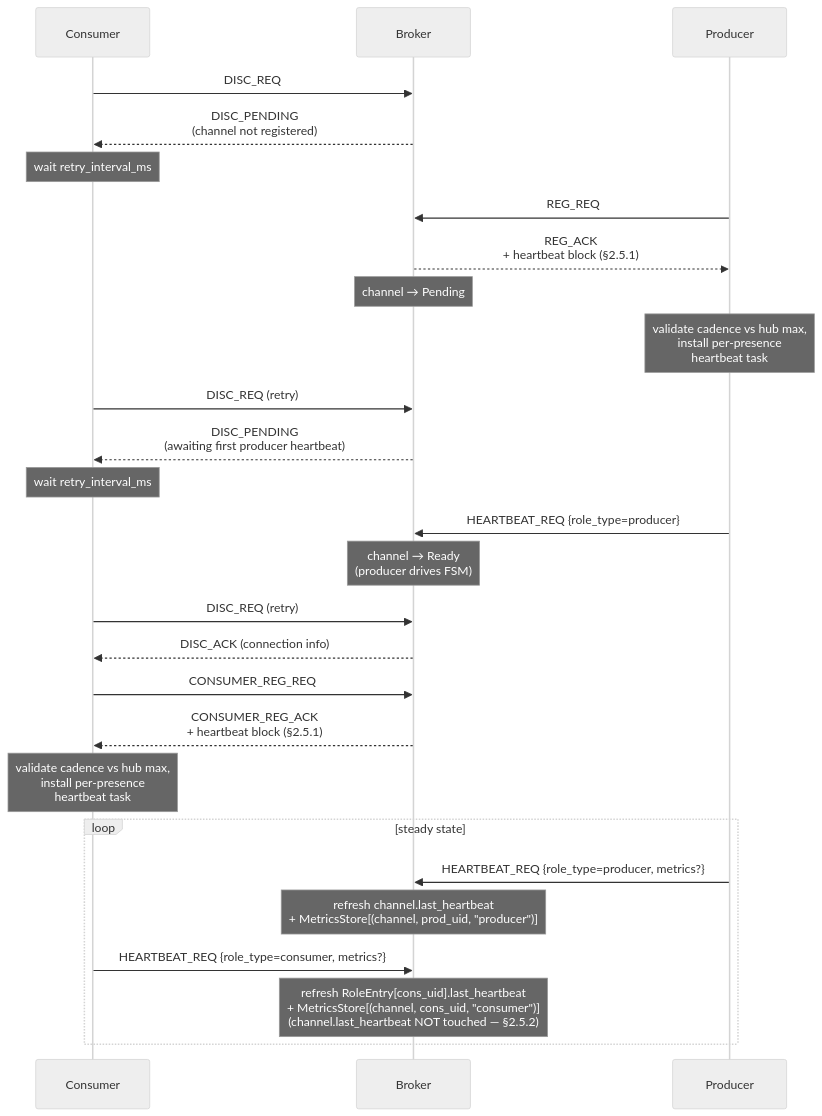
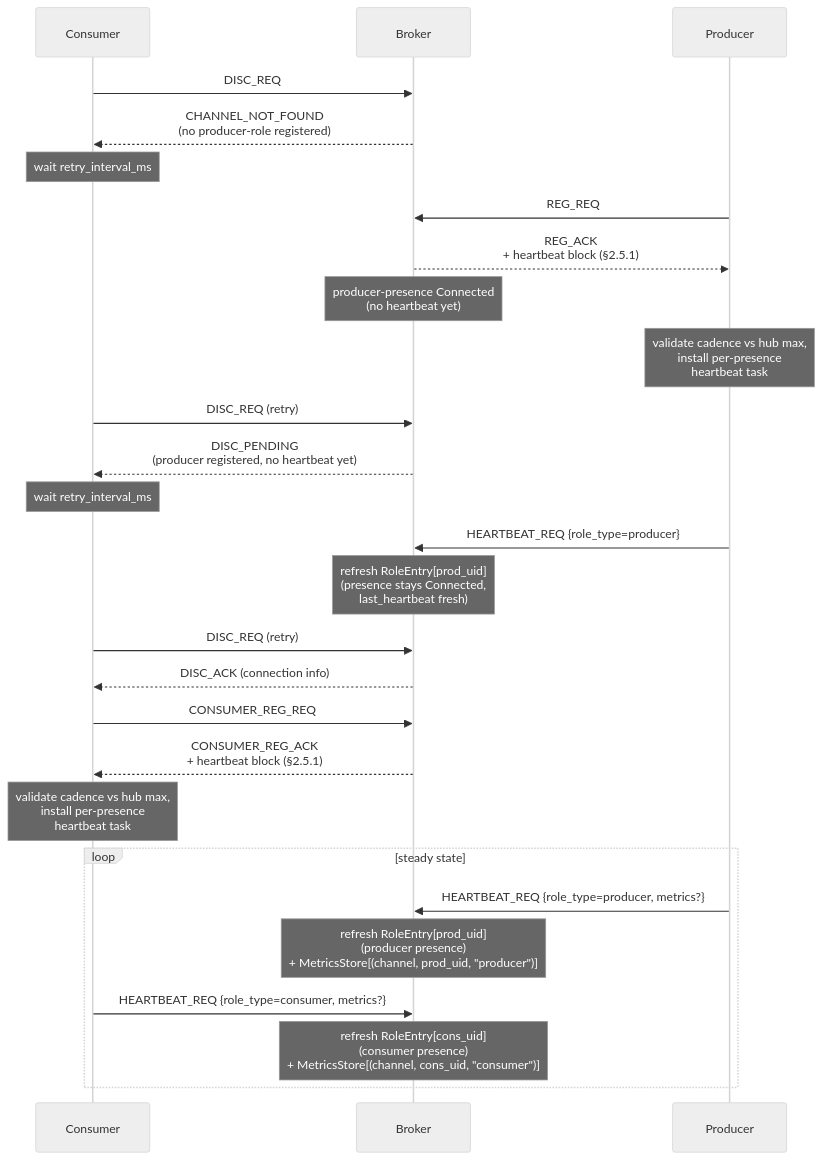
The second of 2 diagrams in docs/HEP/HEP-CORE-0023-Startup-Coordination.md (Qing-LAB/pylabhub), drawn with Mermaid (neutral theme) before and after one commit. The commit also changed other lines of this file and 83 other files, not shown here.

````diff
--- a/docs/HEP/HEP-CORE-0023-Startup-Coordination.md
+++ b/docs/HEP/HEP-CORE-0023-Startup-Coordination.md
@@ -139,36 +166,36 @@
 ```mermaid
 sequenceDiagram
     participant C as Consumer
     participant B as Broker
     participant P as Producer
 
     C->>B: DISC_REQ
-    B-->>C: DISC_PENDING<br/>(channel not registered)
+    B-->>C: CHANNEL_NOT_FOUND<br/>(no producer-role registered)
     Note over C: wait retry_interval_ms
 
     P->>B: REG_REQ
     B-->>P: REG_ACK<br/>+ heartbeat block (§2.5.1)
-    Note over B: channel → Pending
+    Note over B: producer-presence Connected<br/>(no heartbeat yet)
     Note over P: validate cadence vs hub max,<br/>install per-presence<br/>heartbeat task
 
     C->>B: DISC_REQ (retry)
-    B-->>C: DISC_PENDING<br/>(awaiting first producer heartbeat)
+    B-->>C: DISC_PENDING<br/>(producer registered, no heartbeat yet)
     Note over C: wait retry_interval_ms
 
     P->>B: HEARTBEAT_REQ {role_type=producer}
-    Note over B: channel → Ready<br/>(producer drives FSM)
+    Note over B: refresh RoleEntry[prod_uid]<br/>(presence stays Connected,<br/>last_heartbeat fresh)
 
     C->>B: DISC_REQ (retry)
     B-->>C: DISC_ACK (connection info)
 
     C->>B: CONSUMER_REG_REQ
     B-->>C: CONSUMER_REG_ACK<br/>+ heartbeat block (§2.5.1)
     Note over C: validate cadence vs hub max,<br/>install per-presence<br/>heartbeat task
 
     loop steady state
         P->>B: HEARTBEAT_REQ {role_type=producer, metrics?}
-        Note over B: refresh channel.last_heartbeat<br/>+ MetricsStore[(channel, prod_uid, "producer")]
+        Note over B: refresh RoleEntry[prod_uid]<br/>(producer presence)<br/>+ MetricsStore[(channel, prod_uid, "producer")]
         C->>B: HEARTBEAT_REQ {role_type=consumer, metrics?}
-        Note over B: refresh RoleEntry[cons_uid].last_heartbeat<br/>+ MetricsStore[(channel, cons_uid, "consumer")]<br/>(channel.last_heartbeat NOT touched — §2.5.2)
+        Note over B: refresh RoleEntry[cons_uid]<br/>(consumer presence)<br/>+ MetricsStore[(channel, cons_uid, "consumer")]
     end
 ```
````
